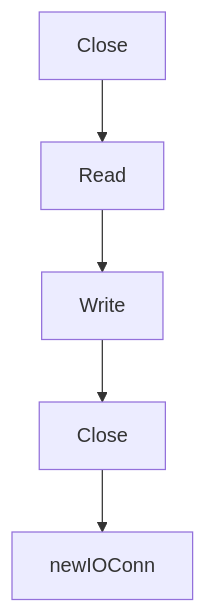
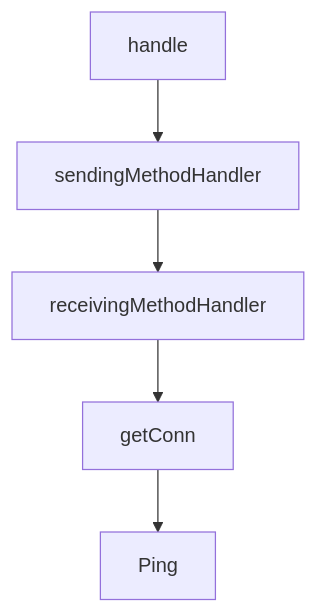
Before and after one commit to johnxie/awesome-code-docs: the diagram in tutorials/mcp-go-sdk-tutorial/04-building-tools-resources-and-prompts-in-go.md, drawn with Mermaid. The commit also changed other lines of this file and 1232 other files, not shown here.

````diff
--- a/tutorials/mcp-go-sdk-tutorial/04-building-tools-resources-and-prompts-in-go.md
+++ b/tutorials/mcp-go-sdk-tutorial/04-building-tools-resources-and-prompts-in-go.md
@@ -220,12 +218,12 @@
 ```mermaid
 flowchart TD
-    A[Close]
-    B[Read]
-    C[Write]
-    D[Close]
-    E[newIOConn]
+    A[handle]
+    B[sendingMethodHandler]
+    C[receivingMethodHandler]
+    D[getConn]
+    E[Ping]
     A --> B
     B --> C
     C --> D
     D --> E
 ```
````
